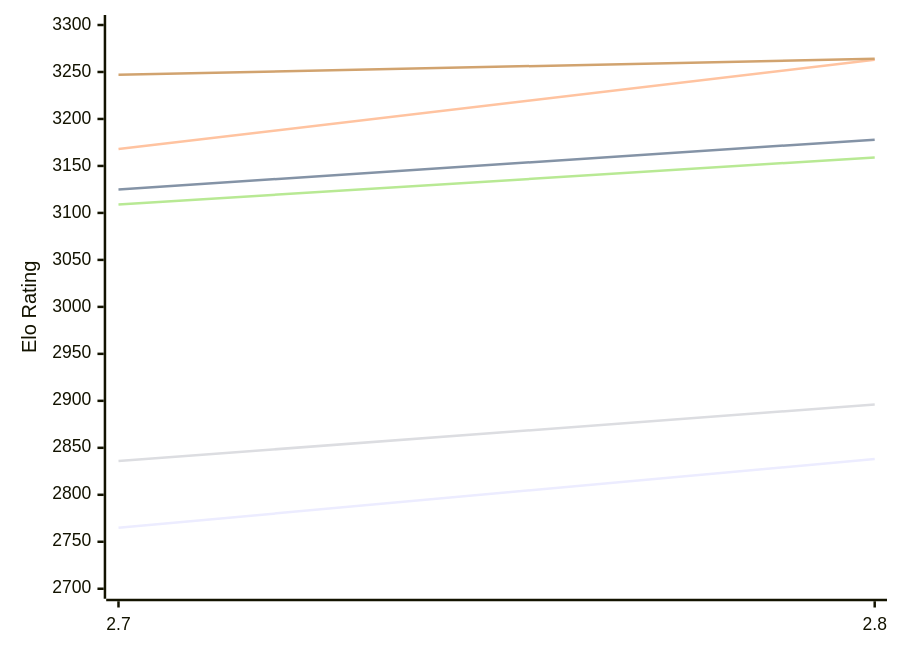
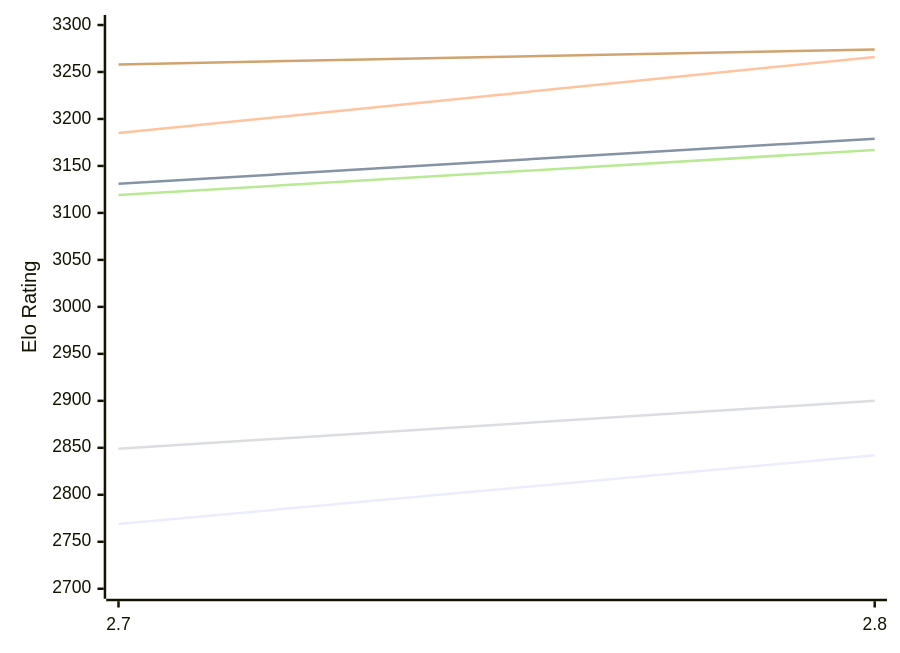
The first of 2 diagrams in engines/Arcanum.md (computer-chess-index/cci), drawn with Mermaid before and after one commit. The commit also changed other lines of this file, not shown here.

Commit message:
Update CCI Ratings (ELO VLTC) - 2026-11-25

````diff
--- a/engines/Arcanum.md
+++ b/engines/Arcanum.md
@@ -50,12 +50,12 @@
 ```mermaid
 %%{init: {"theme":"base","themeVariables":{"seriesColors:['#a3a3a3','#222221','#faa371']}}}%%
 xychart-beta
   x-axis ["2.7", "2.8"]
   y-axis "Elo Rating" 2700 --> 3300
-  line "E1: STC (8.0+0.08s)" [2765, 2838]
-  line "E1: LTC (60.0+0.60s)" [3125, 3178]
-  line "E1: VLTC (2m24s+1.12s)" [3168, 3263]
-  line "P1: STC (8.0+0.08s)" [2836, 2896]
-  line "P1: LTC (60.0+0.60s)" [3109, 3159]
-  line "P1: VLTC (2m24s+1.12s)" [3247, 3264]
+  line "E1: STC (8.0+0.08s)" [2769, 2842]
+  line "E1: LTC (60.0+0.60s)" [3131, 3179]
+  line "E1: VLTC (2m24s+1.12s)" [3185, 3266]
+  line "P1: STC (8.0+0.08s)" [2849, 2900]
+  line "P1: LTC (60.0+0.60s)" [3119, 3167]
+  line "P1: VLTC (2m24s+1.12s)" [3258, 3274]
 ```
````
